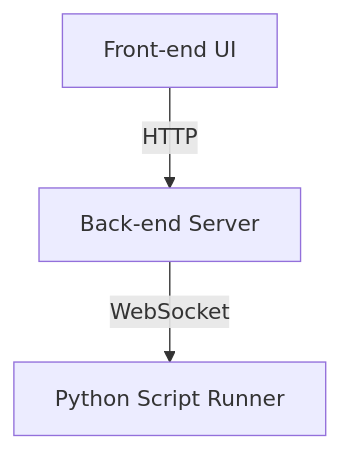
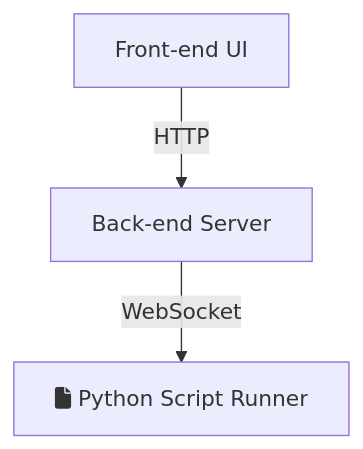
Before and after one commit to AlkeySheng/iodraw-files: the diagram in all/未命名.md, drawn with Mermaid.

Commit message:
2024-05-20 14:50:02 update

````diff
--- a/all/未命名.md
+++ b/all/未命名.md
@@ -1,6 +1,6 @@
 ```mermaid
 graph TD
     A[Front-end UI] -->|HTTP| B[Back-end Server]
-    B -->|WebSocket| C[Python Script Runner]
+    B -->|WebSocket| C[fa:fa-file Python Script Runner]
 
 ```
````
